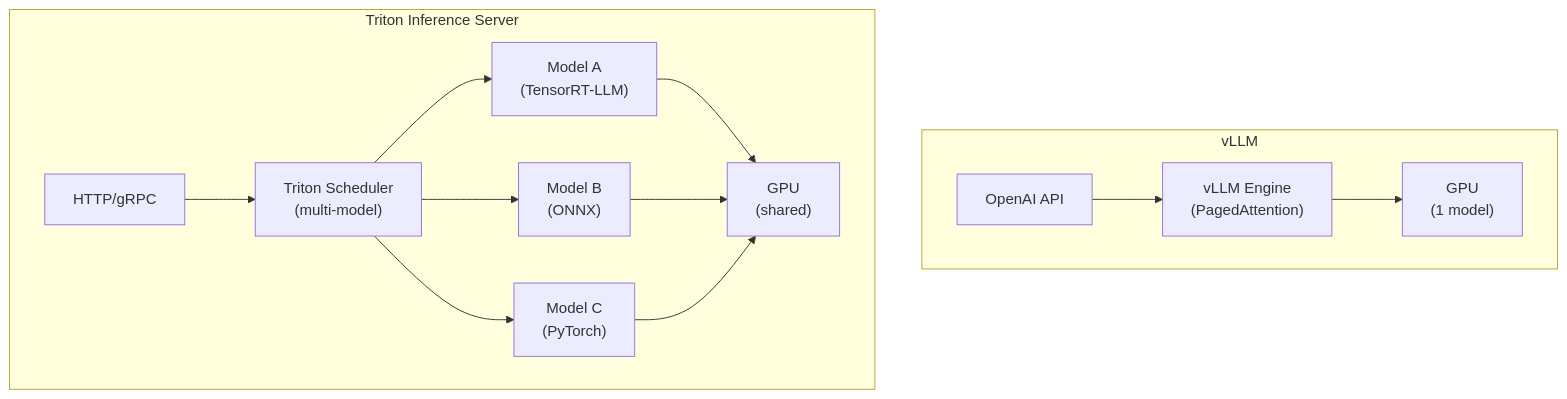
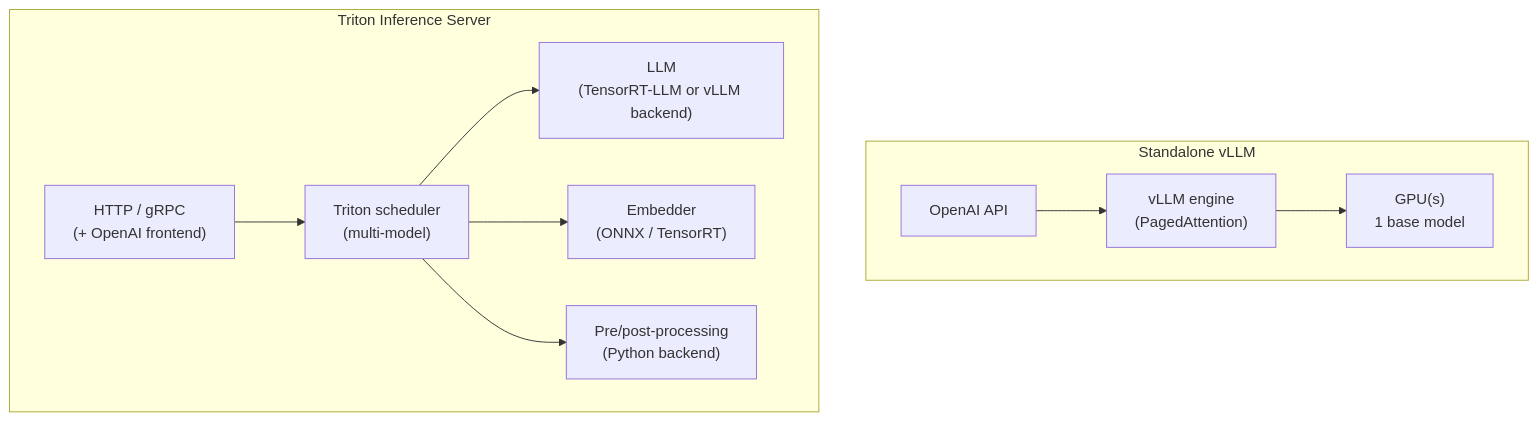
Before and after one commit to greg4fun/kubernetesrecipes.github.io: the diagram in src/content/recipes/triton-inference-server-vs-vllm-comparison.md, drawn with Mermaid. The commit also changed other lines of this file and 403 other files, not shown here.

````diff
--- a/src/content/recipes/triton-inference-server-vs-vllm-comparison.md
+++ b/src/content/recipes/triton-inference-server-vs-vllm-comparison.md
@@ -28,17 +41,14 @@
 ```mermaid
 flowchart TB
-    subgraph VLLM["vLLM"]
-        V_IN["OpenAI API"] --> V_ENGINE["vLLM Engine<br/>(PagedAttention)"]
-        V_ENGINE --> V_GPU["GPU<br/>(1 model)"]
+    subgraph VLLM["Standalone vLLM"]
+        V_IN["OpenAI API"] --> V_ENGINE["vLLM engine<br/>(PagedAttention)"]
+        V_ENGINE --> V_GPU["GPU(s)<br/>1 base model"]
     end
-    
+
     subgraph TRITON["Triton Inference Server"]
-        T_IN["HTTP/gRPC"] --> T_SCHED["Triton Scheduler<br/>(multi-model)"]
-        T_SCHED --> T_M1["Model A<br/>(TensorRT-LLM)"]
-        T_SCHED --> T_M2["Model B<br/>(ONNX)"]
-        T_SCHED --> T_M3["Model C<br/>(PyTorch)"]
-        T_M1 --> T_GPU["GPU<br/>(shared)"]
-        T_M2 --> T_GPU
-        T_M3 --> T_GPU
+        T_IN["HTTP / gRPC<br/>(+ OpenAI frontend)"] --> T_SCHED["Triton scheduler<br/>(multi-model)"]
+        T_SCHED --> T_M1["LLM<br/>(TensorRT-LLM or vLLM backend)"]
+        T_SCHED --> T_M2["Embedder<br/>(ONNX / TensorRT)"]
+        T_SCHED --> T_M3["Pre/post-processing<br/>(Python backend)"]
     end
 ```
````
